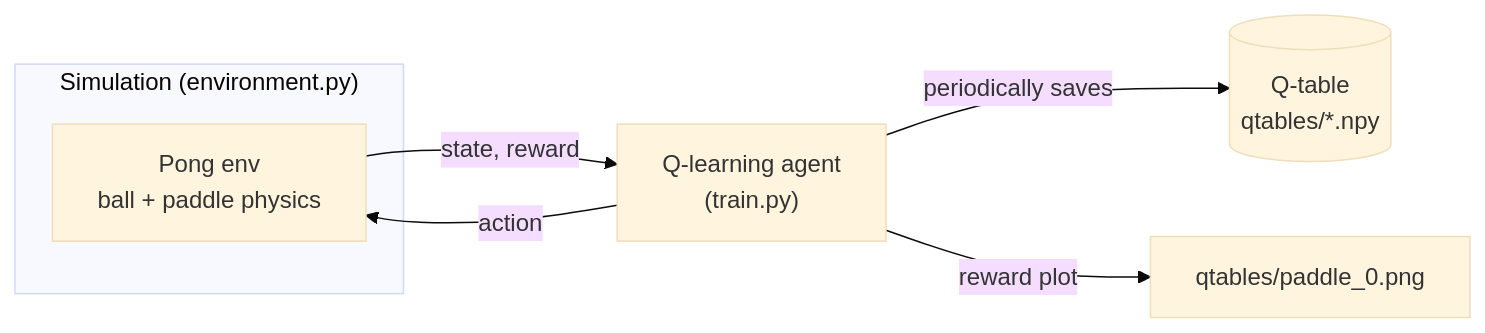
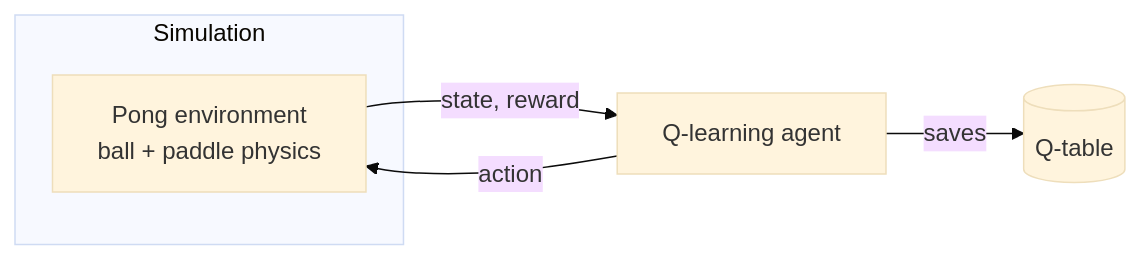
One commit to AMROAMRO404/Goalkeeper-QLearning changed the first of 2 diagrams in README.md. Above: the diagram before and after it, drawn with Mermaid (base theme). The commit also changed other lines of this file, not shown here.

````diff
--- a/README.md
+++ b/README.md
@@ -15,13 +17,12 @@
 ```mermaid
 flowchart LR
-    subgraph SIM["Simulation (environment.py)"]
-        ENV[Pong env<br/>ball + paddle physics]
+    subgraph SIM["Simulation"]
+        ENV["Pong environment<br/>ball + paddle physics"]
     end
-    AGENT["Q-learning agent<br/>(train.py)"]
-    QT[("Q-table<br/>qtables/*.npy")]
+    AGENT["Q-learning agent"]
+    QT[("Q-table")]
 
     AGENT -- action --> ENV
     ENV -- state, reward --> AGENT
-    AGENT -- periodically saves --> QT
-    AGENT -- reward plot --> PLOT["qtables/paddle_0.png"]
+    AGENT -- saves --> QT
 ```
````
